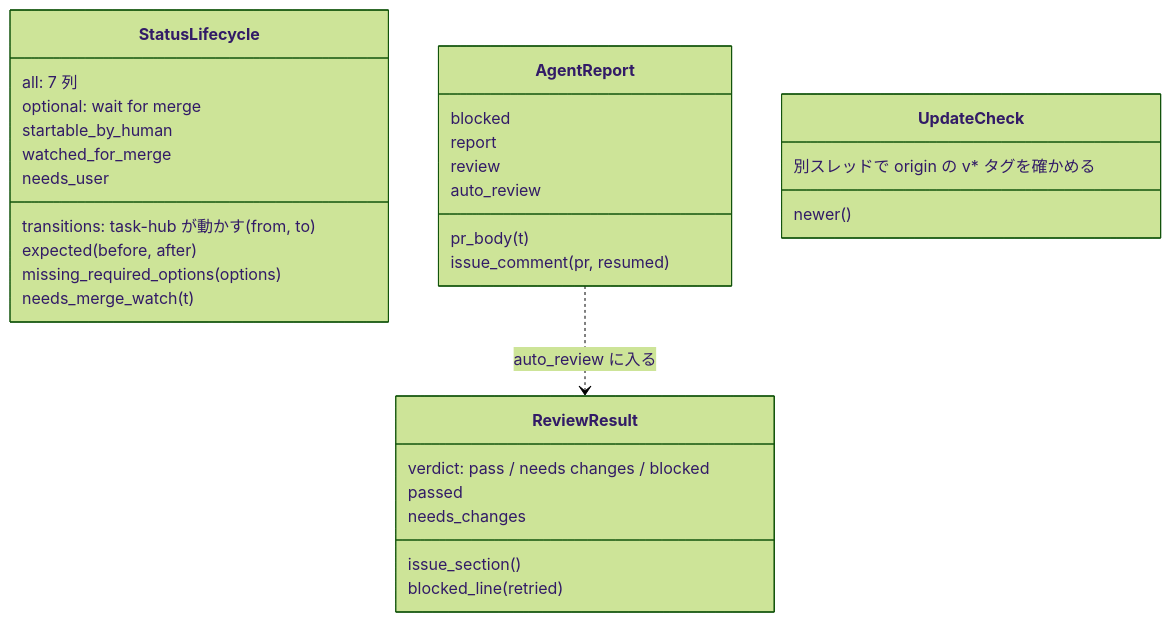
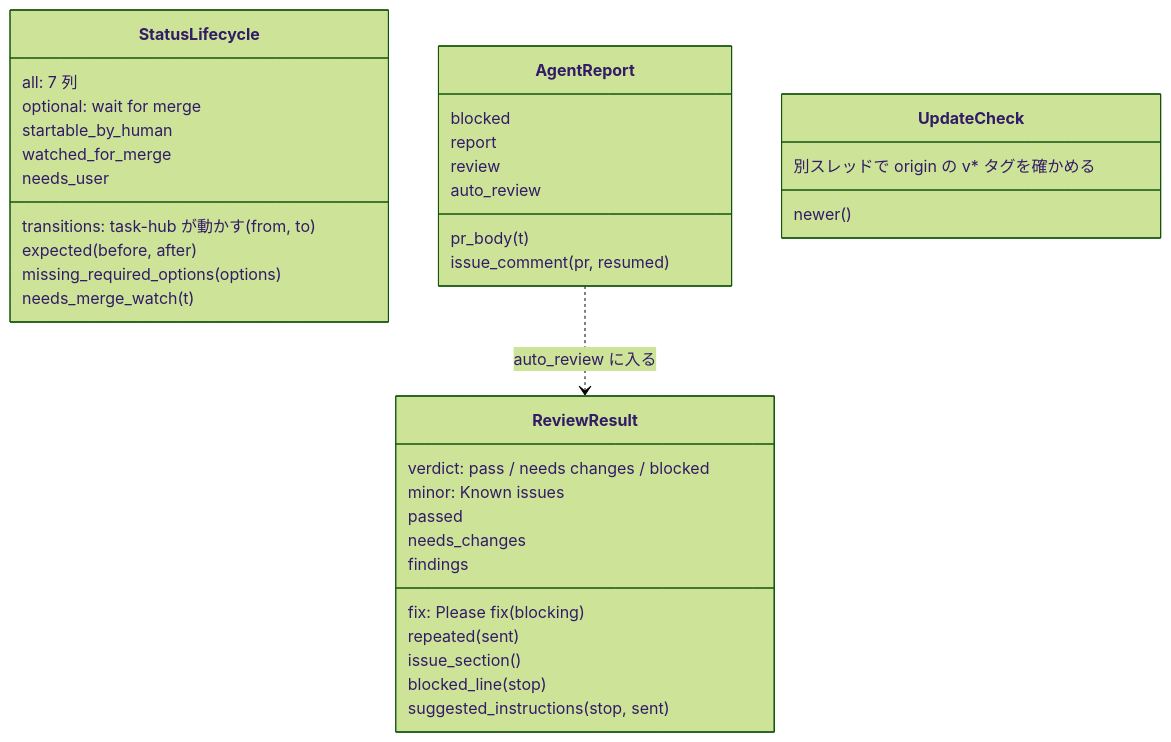
Before and after one commit to jyoka/task-hub: the second of 9 diagrams in docs/architecture/lld.md, drawn with Mermaid (forest theme). The commit also changed other lines of this file and 13 other files, not shown here.

Commit message:
task 249: 自動レビューに通らなかったときの流れを閉じる(差し戻し回数・blocking/minor・修正指示の下書き)

````diff
--- a/docs/architecture/lld.md
+++ b/docs/architecture/lld.md
@@ -58,34 +58,39 @@
 ```mermaid
 classDiagram
     class StatusLifecycle {
         all: 7 列
         optional: wait for merge
         startable_by_human
         watched_for_merge
         needs_user
         transitions: task-hub が動かす (from, to)
         expected(before, after)
         missing_required_options(options)
         needs_merge_watch(t)
     }
     class AgentReport {
         blocked
         report
         review
         auto_review
         pr_body(t)
         issue_comment(pr, resumed)
     }
     class ReviewResult {
         verdict: pass / needs changes / blocked
+        fix: Please fix(blocking)
+        minor: Known issues
         passed
         needs_changes
+        findings
+        repeated(sent)
         issue_section()
-        blocked_line(retried)
+        blocked_line(stop)
+        suggested_instructions(stop, sent)
     }
     class UpdateCheck {
         別スレッドで origin の v* タグを確かめる
         newer()
     }
     AgentReport ..> ReviewResult : auto_review に入る
 ```
````
